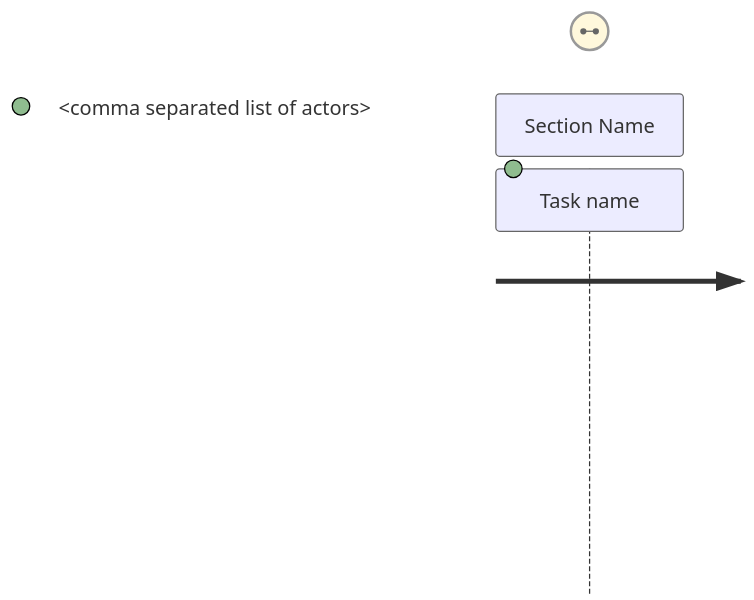
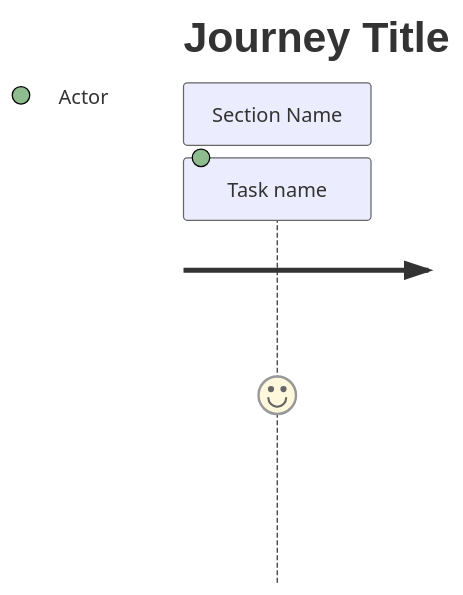
The first of 5 diagrams in skills/diagrammer/specs/mermaid/userJourney.md (hgrabows/diagrammer-skills), drawn with Mermaid before and after one commit. The commit also changed other lines of this file and 25 other files, not shown here.

First line of the commit message:
feat: support Mermaid 12 and add ten diagram types

````diff
--- a/skills/diagrammer/specs/mermaid/userJourney.md
+++ b/skills/diagrammer/specs/mermaid/userJourney.md
@@ -42,5 +45,6 @@
 ```mermaid
 journey
+    title Journey Title
     section Section Name
-        Task name: <score>: <comma separated list of actors>
+        Task name: 5: Actor
 ```
````
